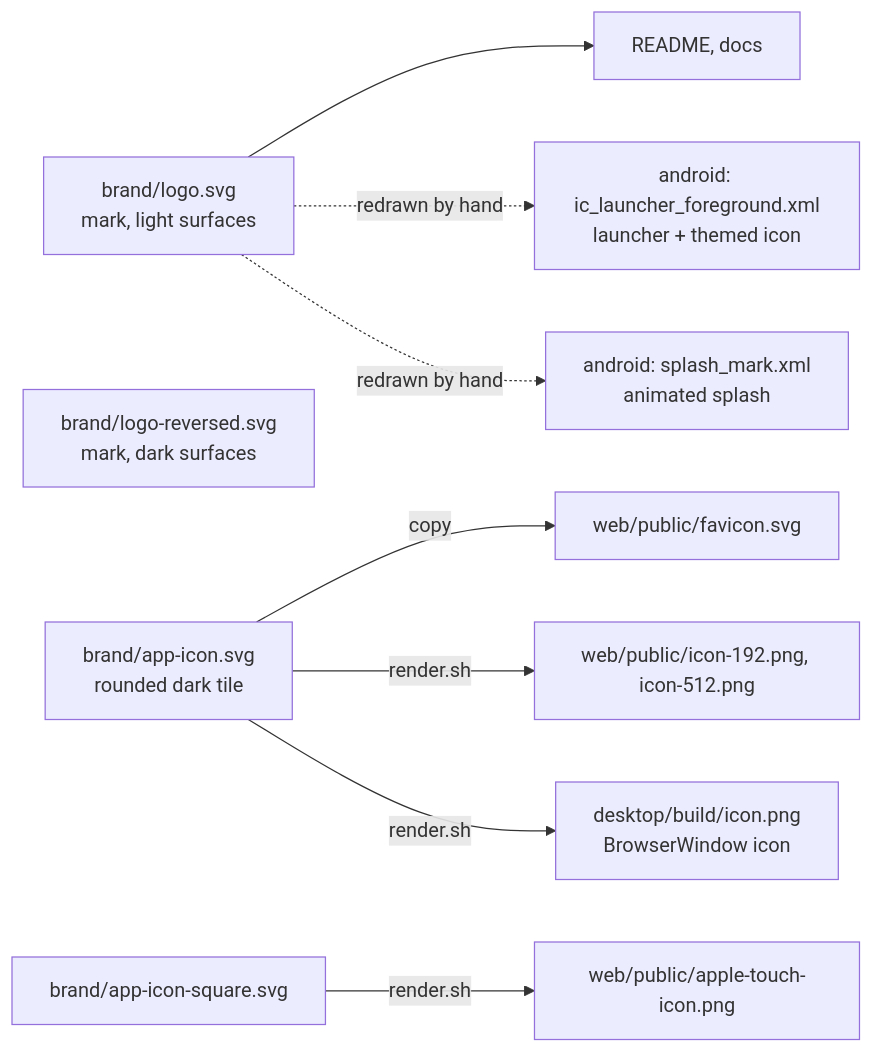
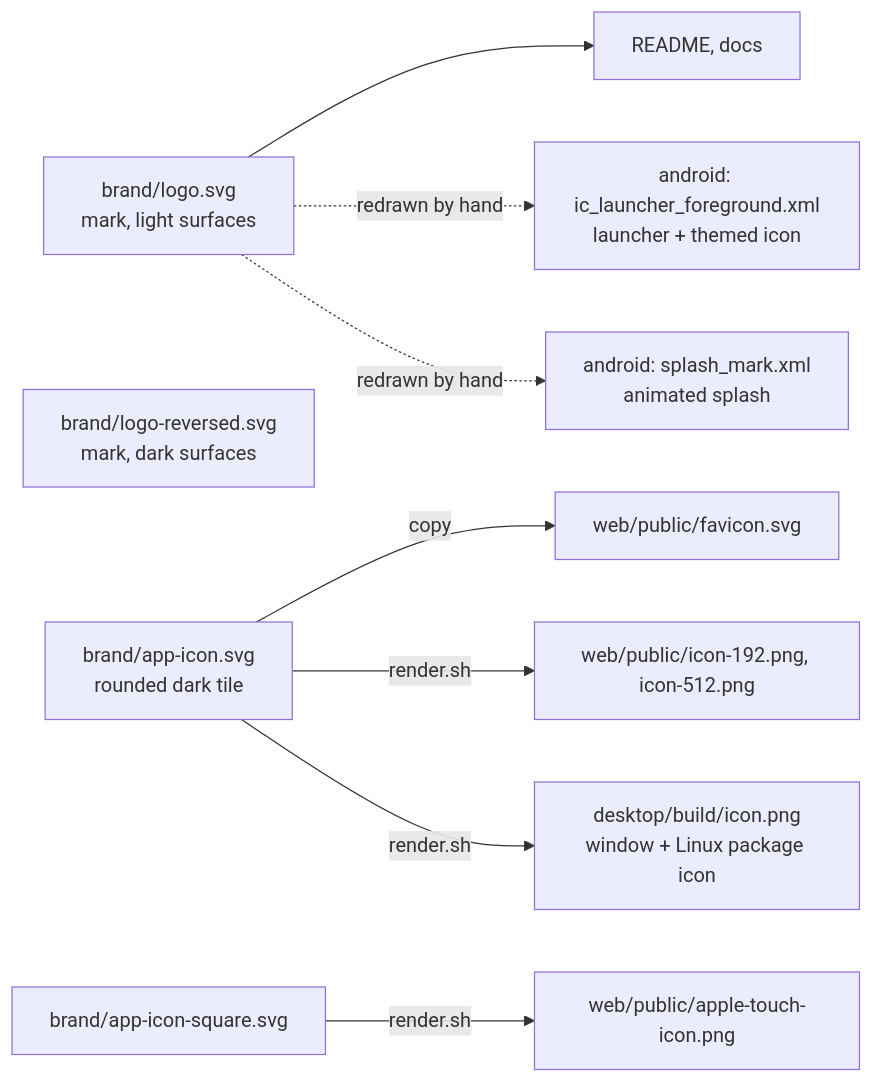
One commit to aiyu-ayaan/Domus changed the diagram in development/docs/BRAND.md. Above: the diagram before and after it, drawn with Mermaid. The commit also changed other lines of this file and 6 other files, not shown here.

````diff
--- a/development/docs/BRAND.md
+++ b/development/docs/BRAND.md
@@ -18,11 +18,11 @@
 ```mermaid
 flowchart LR
     L[brand/logo.svg<br/>mark, light surfaces] --> RD[README, docs]
     LR[brand/logo-reversed.svg<br/>mark, dark surfaces]
     T[brand/app-icon.svg<br/>rounded dark tile] -->|copy| F[web/public/favicon.svg]
     T -->|render.sh| P[web/public/icon-192.png, icon-512.png]
-    T -->|render.sh| D[desktop/build/icon.png<br/>BrowserWindow icon]
+    T -->|render.sh| D[desktop/build/icon.png<br/>window + Linux package icon]
     S[brand/app-icon-square.svg] -->|render.sh| A[web/public/apple-touch-icon.png]
     L -.redrawn by hand.-> AL[android: ic_launcher_foreground.xml<br/>launcher + themed icon]
     L -.redrawn by hand.-> AS[android: splash_mark.xml<br/>animated splash]
 ```
````
